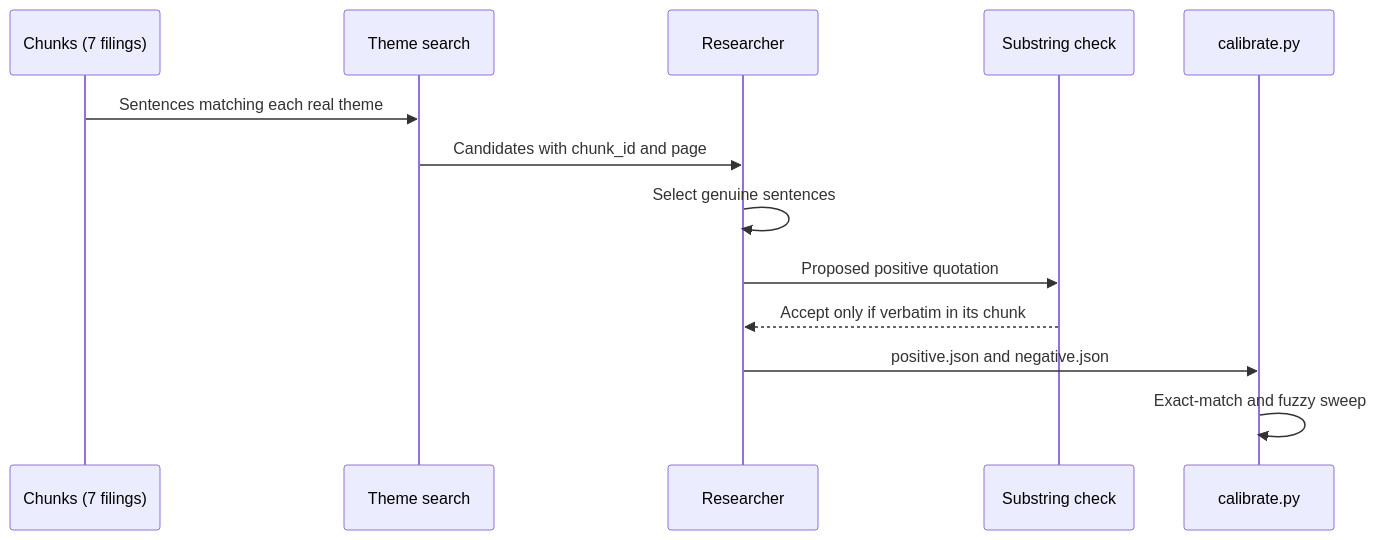
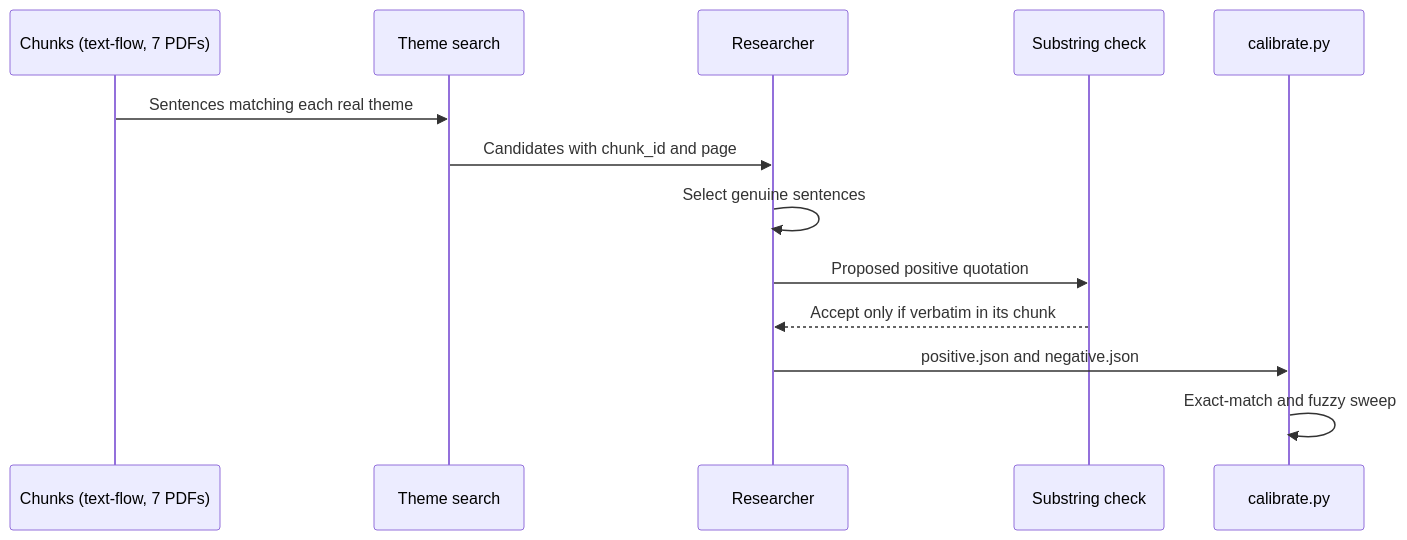
The third of 4 diagrams in docs/technical-paper.md (aaryahi-dotcom/quotation-fidelity), drawn with Mermaid before and after one commit. The commit also changed other lines of this file and 8 other files, not shown here.

````diff
--- a/docs/technical-paper.md
+++ b/docs/technical-paper.md
@@ -64,15 +65,15 @@
 ```mermaid
 sequenceDiagram
-    participant C as Chunks (7 filings)
+    participant C as Chunks (text-flow, 7 PDFs)
     participant S as Theme search
     participant H as Researcher
     participant V as Substring check
     participant K as calibrate.py
     C->>S: Sentences matching each real theme
     S->>H: Candidates with chunk_id and page
     H->>H: Select genuine sentences
     H->>V: Proposed positive quotation
     V-->>H: Accept only if verbatim in its chunk
     H->>K: positive.json and negative.json
     K->>K: Exact-match and fuzzy sweep
 ```
````
